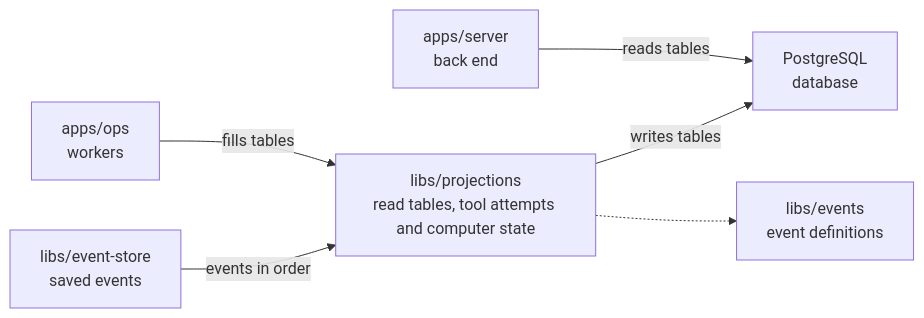
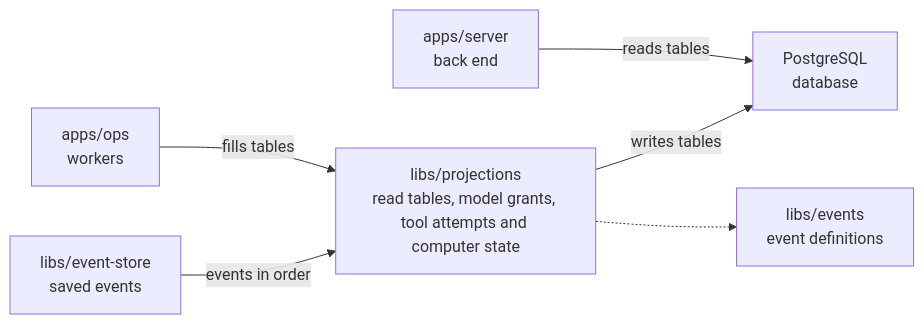
One commit to elewa-git/opencrane-new changed the diagram in libs/projections/README.md. Above: the diagram before and after it, drawn with Mermaid. The commit also changed other lines of this file and 20 other files, not shown here.

````diff
--- a/libs/projections/README.md
+++ b/libs/projections/README.md
@@ -23,8 +23,8 @@
 ```mermaid
 flowchart LR
-  ops["apps/ops<br/>workers"] -->|fills tables| projections["libs/projections<br/>read tables, tool attempts and computer state"]
+  ops["apps/ops<br/>workers"] -->|fills tables| projections["libs/projections<br/>read tables, model grants, tool attempts and computer state"]
   server["apps/server<br/>back end"] -->|reads tables| pg["PostgreSQL<br/>database"]
   projections -->|writes tables| pg
   store["libs/event-store<br/>saved events"] -->|events in order| projections
   projections -.-> events["libs/events<br/>event definitions"]
 ```
````
